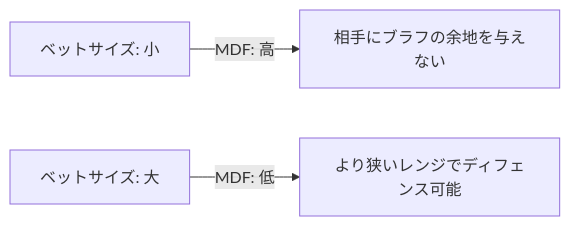
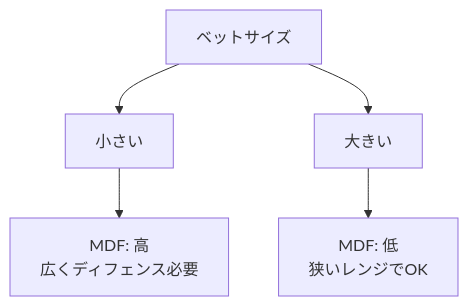
The diagram in src/data/blog/poker-minimum-defense-frequency.md (junichiro/chronicle), drawn with Mermaid before and after one commit. The commit also changed other lines of this file, not shown here.

````diff
--- a/src/data/blog/poker-minimum-defense-frequency.md
+++ b/src/data/blog/poker-minimum-defense-frequency.md
@@ -123,5 +123,7 @@
 ```mermaid
-graph LR
-    A[ベットサイズ: 小] -->|MDF: 高| B[相手にブラフの余地を与えない]
-    C[ベットサイズ: 大] -->|MDF: 低| D[より狭いレンジでディフェンス可能]
+graph TD
+    A[ベットサイズ] --> B[小さい]
+    A --> C[大きい]
+    B --> D[MDF: 高<br/>広くディフェンス必要]
+    C --> E[MDF: 低<br/>狭いレンジでOK]
 ```
````
